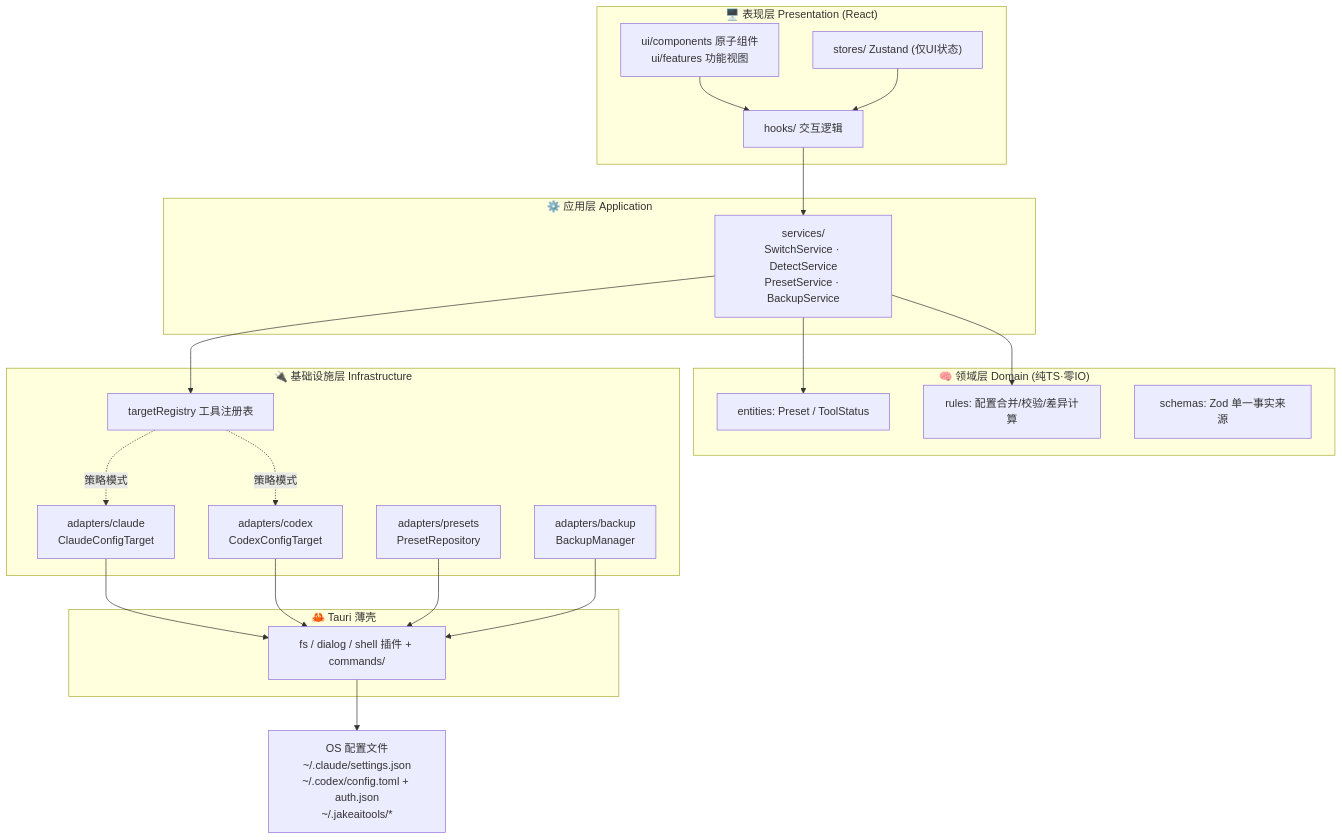
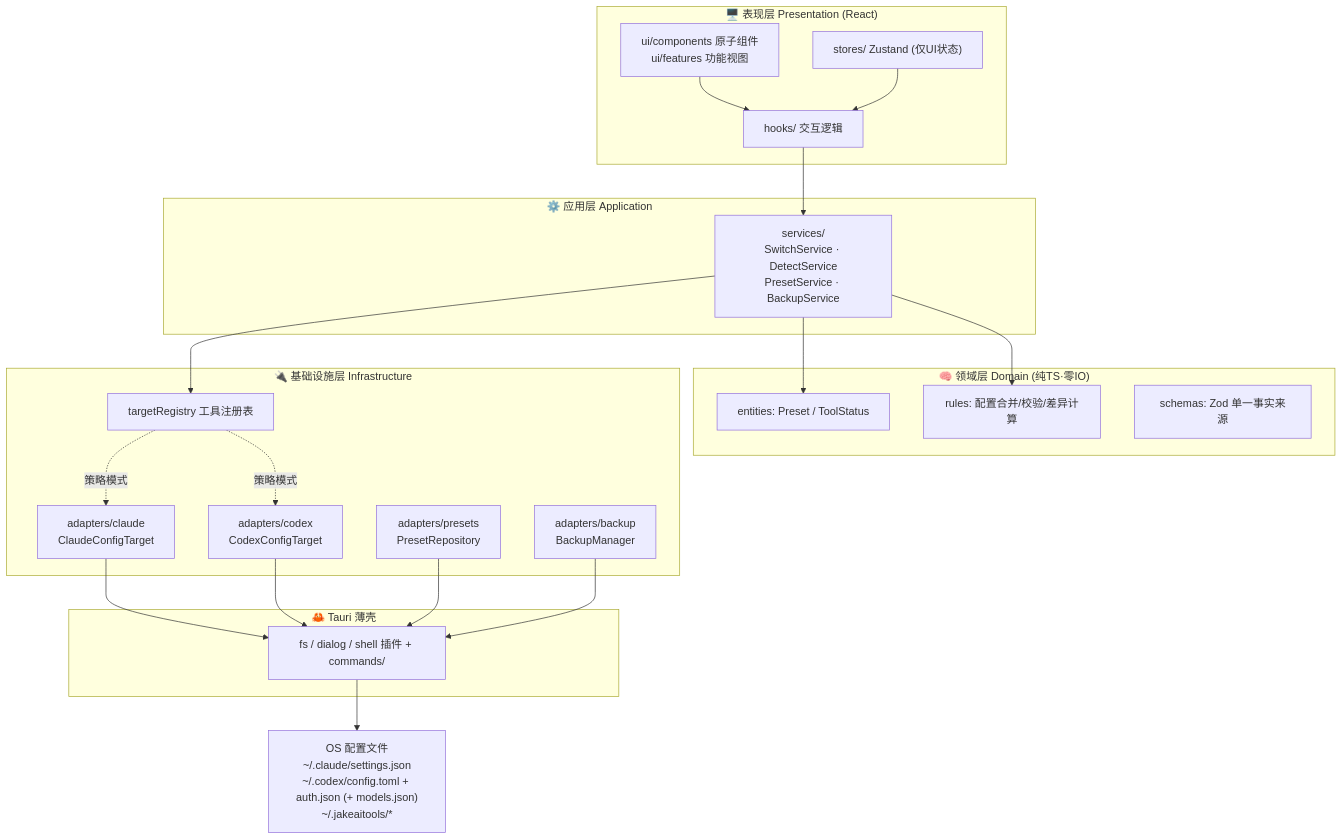
Before and after one commit to small-dream/AISwitch: the first of 2 diagrams in docs/ARCHITECTURE.md, drawn with Mermaid. The commit also changed 27 other files, not shown here.

First line of the commit message:
feat(codex): models.json catalog hosting & advanced preset metadata editing

````diff
--- a/docs/ARCHITECTURE.md
+++ b/docs/ARCHITECTURE.md
@@ -29,39 +29,39 @@
 ```mermaid
 graph TB
     subgraph L1["🖥️ 表现层 Presentation (React)"]
         UI["ui/components 原子组件<br/>ui/features 功能视图"]
         HK["hooks/ 交互逻辑"]
         ST["stores/ Zustand (仅UI状态)"]
     end
 
     subgraph L2["⚙️ 应用层 Application"]
         SVC["services/<br/>SwitchService · DetectService<br/>PresetService · BackupService"]
     end
 
     subgraph L3["🧠 领域层 Domain (纯TS·零IO)"]
         ENT["entities: Preset / ToolStatus"]
         RULE["rules: 配置合并/校验/差异计算"]
         SCH["schemas: Zod 单一事实来源"]
     end
 
     subgraph L4["🔌 基础设施层 Infrastructure"]
         REG["targetRegistry 工具注册表"]
         CA["adapters/claude<br/>ClaudeConfigTarget"]
         CO["adapters/codex<br/>CodexConfigTarget"]
         PR["adapters/presets<br/>PresetRepository"]
         BK["adapters/backup<br/>BackupManager"]
     end
 
     subgraph L5["🦀 Tauri 薄壳"]
         FS["fs / dialog / shell 插件 + commands/"]
     end
 
-    OS["OS 配置文件<br/>~/.claude/settings.json<br/>~/.codex/config.toml + auth.json<br/>~/.jakeaitools/*"]
+    OS["OS 配置文件<br/>~/.claude/settings.json<br/>~/.codex/config.toml + auth.json (+ models.json)<br/>~/.jakeaitools/*"]
 
     UI --> HK --> SVC
     ST --> HK
     SVC --> ENT & RULE
     SVC --> REG
     REG -.策略模式.-> CA & CO
     CA & CO & PR & BK --> FS --> OS
 ```
````
